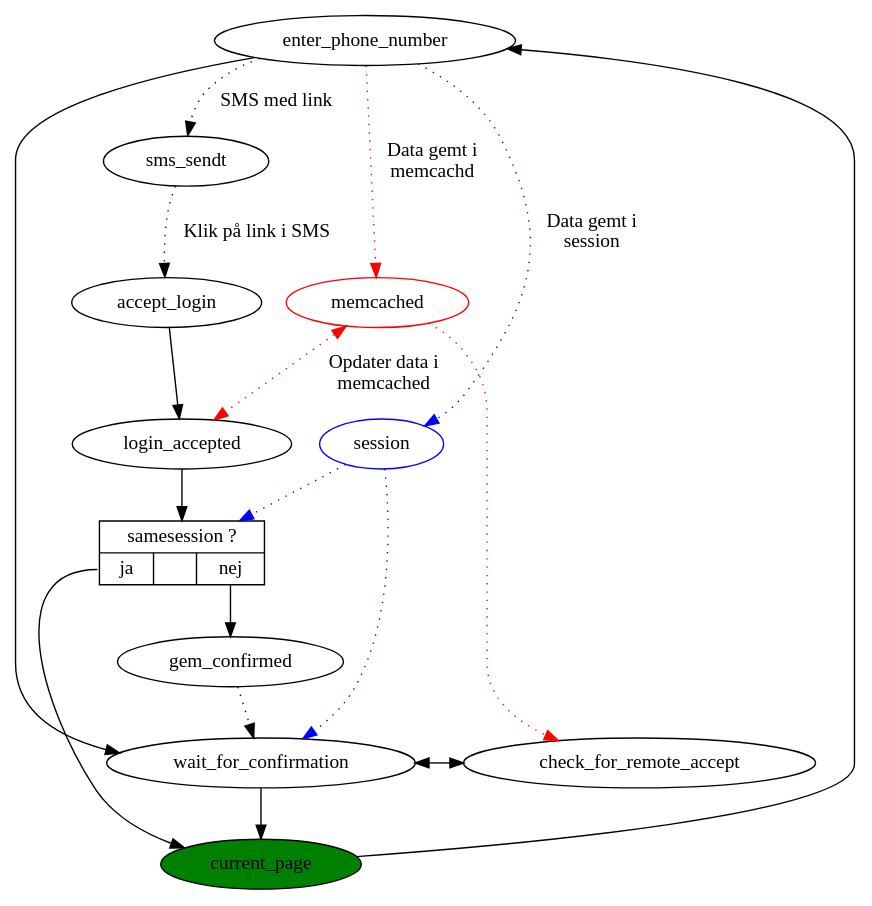
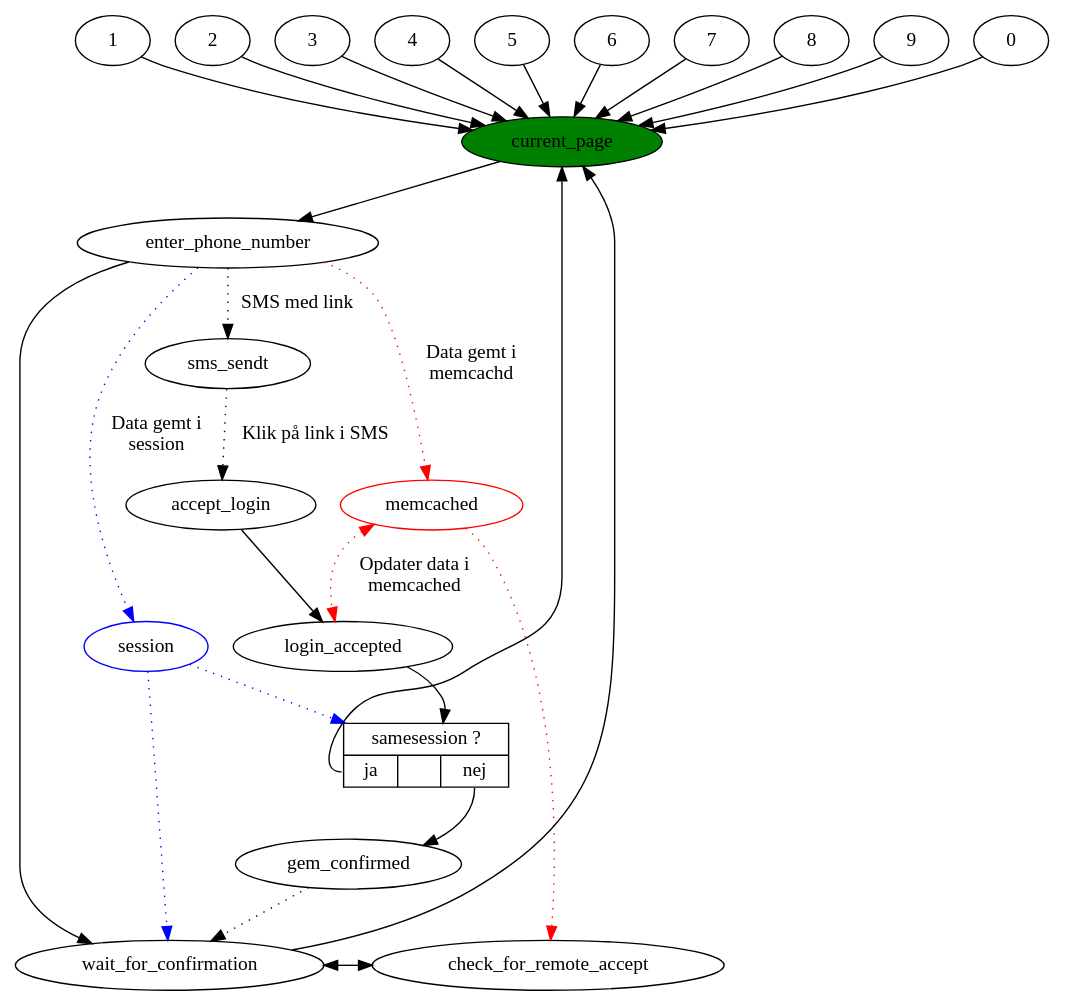
One commit to alslug/alslug.dk changed the diagram in projekter/sms-login.dot. Above: the diagram before and after it, drawn with Graphviz.

```diff
--- a/projekter/sms-login.dot
+++ b/projekter/sms-login.dot
@@ -1,49 +1,50 @@
 digraph xxx {
+  {1,2,3,4,5,6,7,8,9,0} -> current_page;
   {
     edge [ color=red style=dotted ];
 ////////////////////////////////////////////////////////////////////////////////////////////
     enter_phone_number -> memcached [ label="Data gemt i \nmemcachd"]; /////
                           memcached [ color = red ];
                           memcached -> check_for_remote_accept;
                           memcached -> login_accepted [ label = "Opdater data i \nmemcached" dir=both ];
 ////////////////////////////////////////////////////////////////////////////////////////////
   }
   {
     edge [ color=blue style=dotted ];
 ////////////////////////////////////////////////////////////////////////////////////////////
         enter_phone_number -> session [ label="Data gemt i \nsession"];    /////
                               session [ color = blue ];
                               session -> wait_for_confirmation;
                               session -> same_session;
 ////////////////////////////////////////////////////////////////////////////////////////////
   }
   {
     rank = same;
     wait_for_confirmation; check_for_remote_accept;
 ////////////////////////////////////////////////////////////////////////////////////////////
               wait_for_confirmation -> check_for_remote_accept [ dir=both ];           /////
 ////////////////////////////////////////////////////////////////////////////////////////////
   }
   same_session [ shape=record label="{samesession ?|{<ja> ja| &nbsp; |<nej> nej}}" ];
   current_page [ style=filled fillcolor=green ];
   current_page ->
         enter_phone_number ->
               wait_for_confirmation ->
                     current_page;
 ////////////////////////////////////////////////////////////////////////////////////////////
         enter_phone_number -> sms_sendt [ style= dotted label="SMS med link"];         /////
 ////////////////////////////////////////////////////////////////////////////////////////////
   sms_sendt ->
         accept_login [ style=dotted label="Klik på link i SMS" ];
         accept_login ->
               login_accepted->
                     same_session;
                     same_session:ja ->
                           current_page;
                     same_session:nej ->
                           gem_confirmed;
 ////////////////////////////////////////////////////////////////////////////////////////////
                           gem_confirmed ->                                       /////
                                 wait_for_confirmation [ style=dotted ];          /////
 ////////////////////////////////////////////////////////////////////////////////////////////
 }
```
